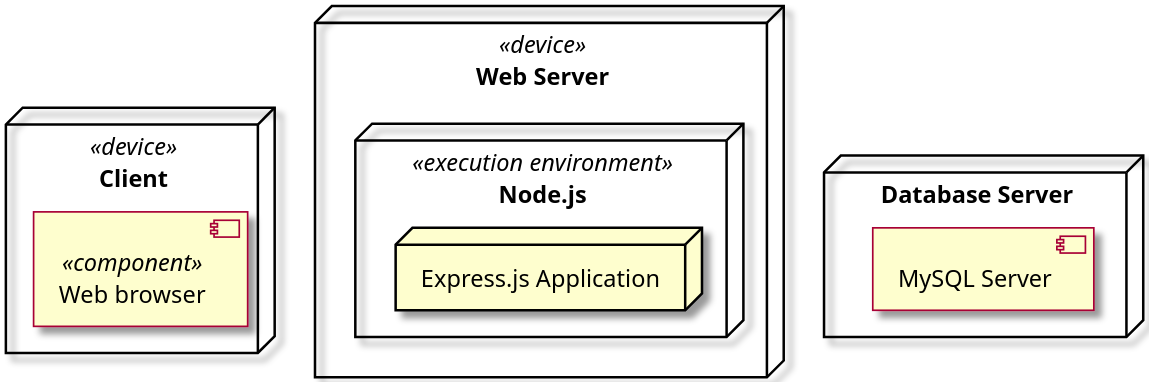
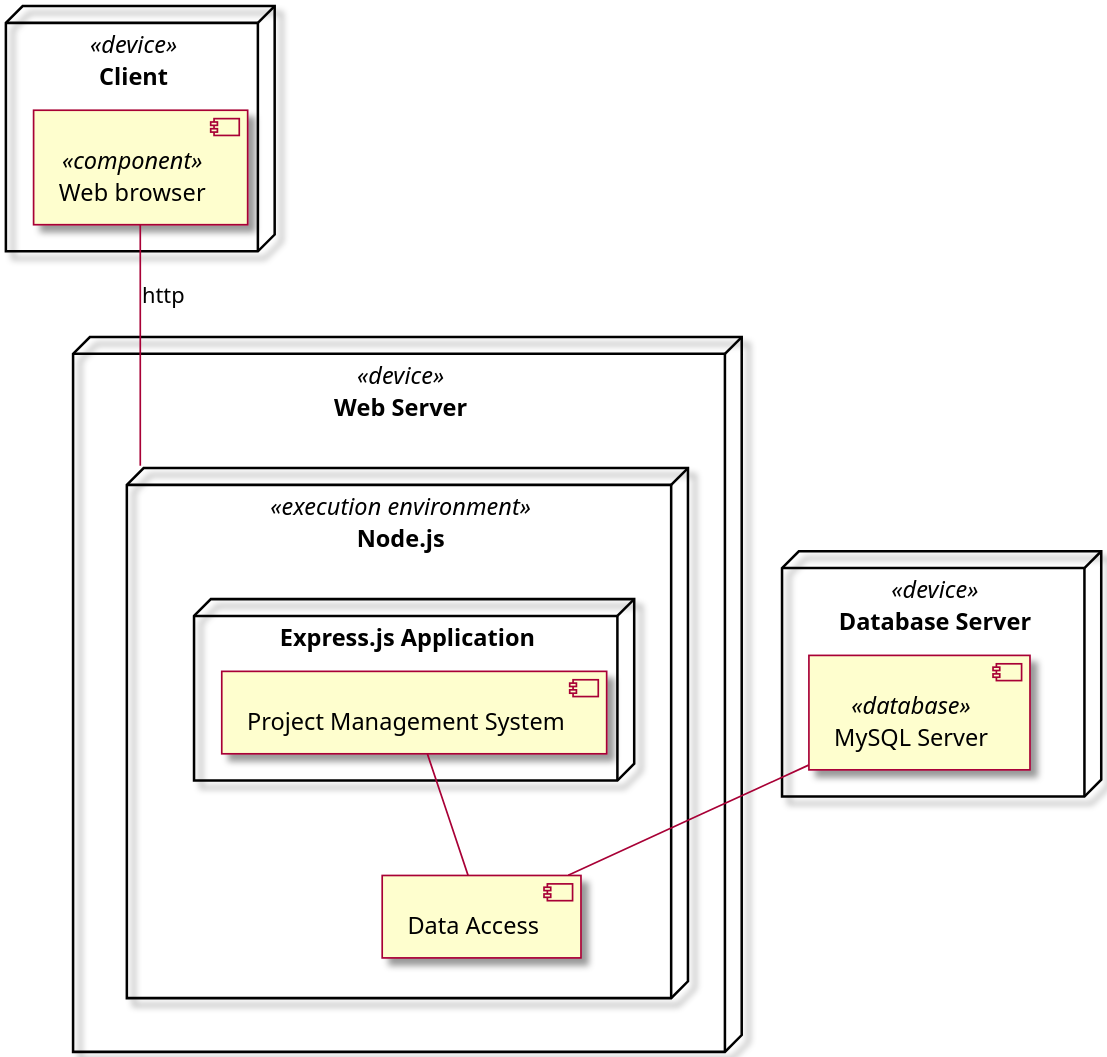
Before and after one commit to Marowota/SE100-plantuml: the diagram in Architecture Design/Component Diagram.puml, drawn with PlantUML.

Commit message:
update component diagram

```diff
--- a/Architecture Design/Component Diagram.puml
+++ b/Architecture Design/Component Diagram.puml
@@ -1,26 +1,32 @@
 @startuml Comnponent Diagram
 
 skin rose
 scale 3
 
 node "Client" as client <<device>> {
-    component "Web browser" as component <<component>> {
+    component "Web browser" as webBrowser <<component>> {
         
     }
 }
+
 node "Web Server" as server <<device>> {
     node "Node.js" as nodejs <<execution environment>> {
         node "Express.js Application" as expressjs {
-            
+            component "Project Management System" as PMS
         }
+        component "Data Access" as dataAccess
     }
 
 }
-node "Database Server" as database {
-    component "MySQL Server" as mysql
+
+node "Database Server" as database <<device>>{
+    component "MySQL Server" as mysql <<database>>
 }
 
+webBrowser -- nodejs: http
+PMS -- dataAccess
+mysql -- dataAccess
 
 
 
 @enduml
```
